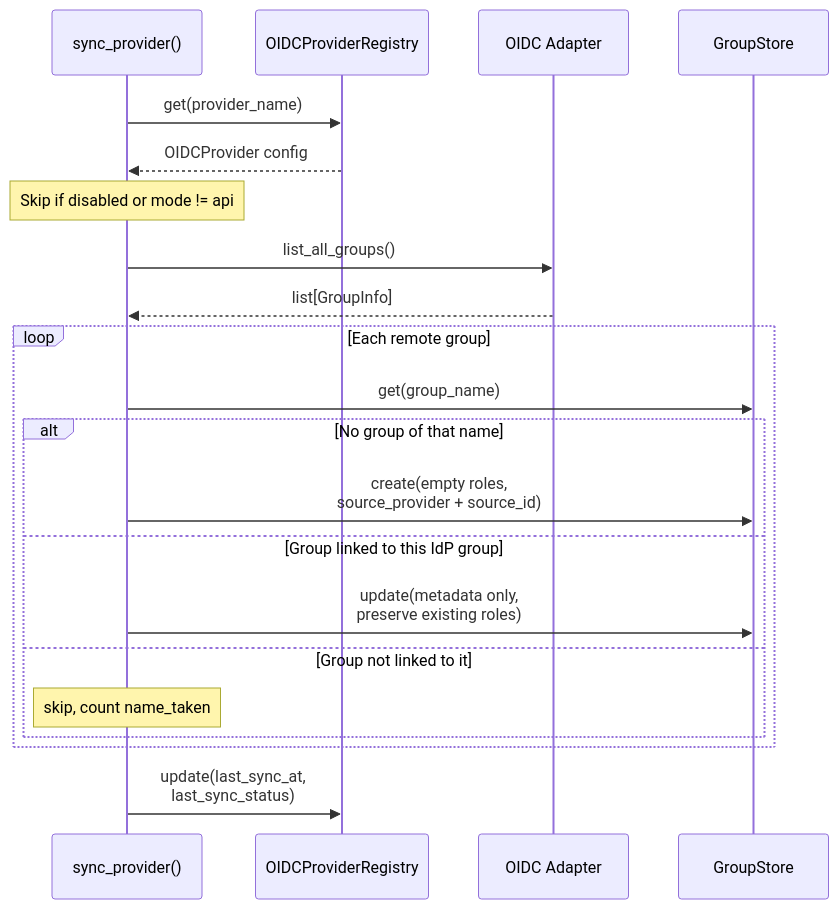
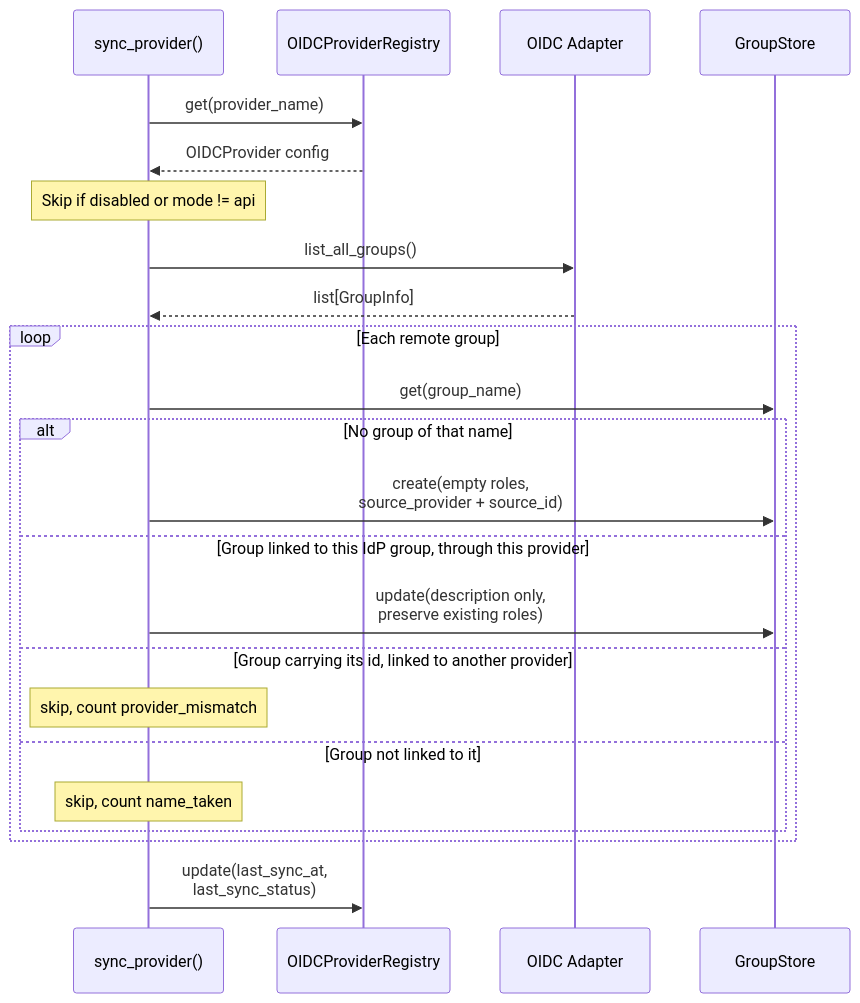
The seventh of 10 diagrams in docs/control-plane/rbac.md (hyperi-io/dfe-engine), drawn with Mermaid before and after one commit. The commit also changed other lines of this file and 41 other files, not shown here.

First line of the commit message:
fix: bind OIDC group links to their provider (#813)

````diff
--- a/docs/control-plane/rbac.md
+++ b/docs/control-plane/rbac.md
@@ -607,27 +613,29 @@
 ```mermaid
 sequenceDiagram
     participant Sync as sync_provider()
     participant Reg as OIDCProviderRegistry
     participant Adapter as OIDC Adapter
     participant GS as GroupStore
 
     Sync->>Reg: get(provider_name)
     Reg-->>Sync: OIDCProvider config
     Note over Sync: Skip if disabled or mode != api
 
     Sync->>Adapter: list_all_groups()
     Adapter-->>Sync: list[GroupInfo]
 
     loop Each remote group
         Sync->>GS: get(group_name)
         alt No group of that name
             Sync->>GS: create(empty roles,<br/>source_provider + source_id)
-        else Group linked to this IdP group
-            Sync->>GS: update(metadata only,<br/>preserve existing roles)
+        else Group linked to this IdP group, through this provider
+            Sync->>GS: update(description only,<br/>preserve existing roles)
+        else Group carrying its id, linked to another provider
+            Note over Sync: skip, count provider_mismatch
         else Group not linked to it
             Note over Sync: skip, count name_taken
         end
     end
 
     Sync->>Reg: update(last_sync_at,<br/>last_sync_status)
 ```
````
